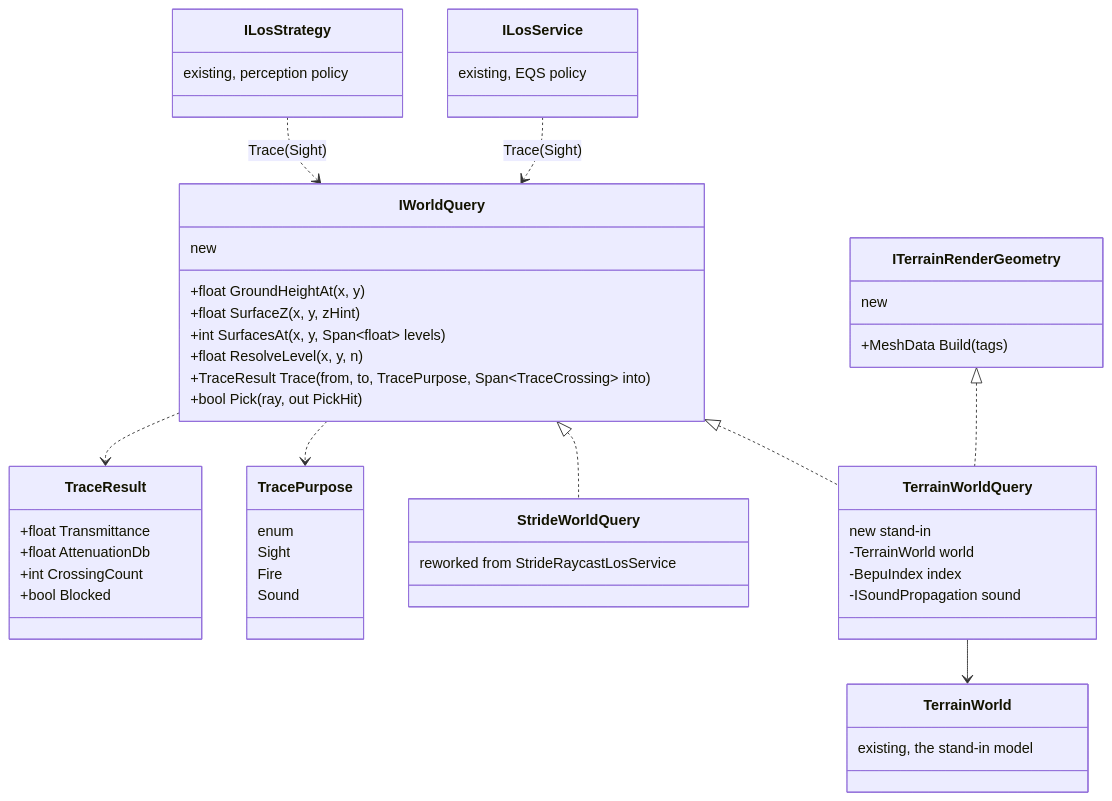
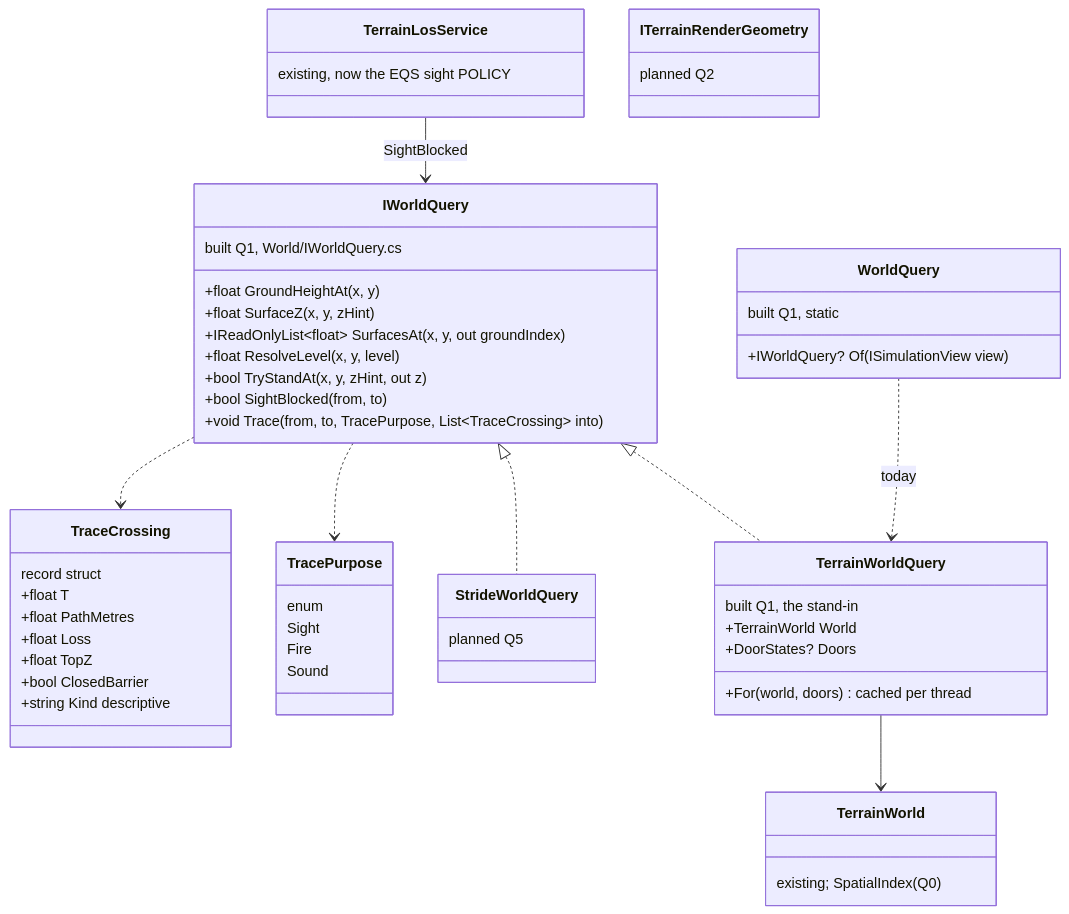
Before and after one commit to pjanec/HROT: the second of 2 diagrams in docs/DESIGN_World_Query_Seam.md, drawn with Mermaid. The commit also changed other lines of this file and 16 other files, not shown here.

First line of the commit message:
feat(CE-1035 Q1): IWorldQuery — combat and EQS ask the world through one interface (tests running)

````diff
--- a/docs/DESIGN_World_Query_Seam.md
+++ b/docs/DESIGN_World_Query_Seam.md
@@ -115,54 +115,57 @@
 ```mermaid
 classDiagram
   class IWorldQuery {
-    new
+    built Q1, World/IWorldQuery.cs
     +float GroundHeightAt(x, y)
     +float SurfaceZ(x, y, zHint)
-    +int SurfacesAt(x, y, Span~float~ levels)
-    +float ResolveLevel(x, y, n)
-    +TraceResult Trace(from, to, TracePurpose, Span~TraceCrossing~ into)
-    +bool Pick(ray, out PickHit)
+    +IReadOnlyList~float~ SurfacesAt(x, y, out groundIndex)
+    +float ResolveLevel(x, y, level)
+    +bool TryStandAt(x, y, zHint, out z)
+    +bool SightBlocked(from, to)
+    +void Trace(from, to, TracePurpose, List~TraceCrossing~ into)
+  }
+  class WorldQuery {
+    built Q1, static
+    +IWorldQuery? Of(ISimulationView view)
   }
   class TracePurpose {
     enum
     Sight
     Fire
     Sound
   }
-  class TraceResult {
-    +float Transmittance
-    +float AttenuationDb
-    +int CrossingCount
-    +bool Blocked
+  class TraceCrossing {
+    record struct
+    +float T
+    +float PathMetres
+    +float Loss
+    +float TopZ
+    +bool ClosedBarrier
+    +string Kind  descriptive
+  }
+  class TerrainWorldQuery {
+    built Q1, the stand-in
+    +TerrainWorld World
+    +DoorStates? Doors
+    +For(world, doors) cached per thread
+  }
+  class TerrainWorld {
+    existing; SpatialIndex (Q0)
+  }
+  class TerrainLosService {
+    existing, now the EQS sight POLICY
   }
   class ITerrainRenderGeometry {
-    new
-    +MeshData Build(tags)
-  }
-  class TerrainWorldQuery {
-    new stand-in
-    -TerrainWorld world
-    -BepuIndex index
-    -ISoundPropagation sound
-  }
-  class TerrainWorld {
-    existing, the stand-in model
-  }
-  class ILosService {
-    existing, EQS policy
-  }
-  class ILosStrategy {
-    existing, perception policy
+    planned Q2
   }
   class StrideWorldQuery {
-    reworked from StrideRaycastLosService
+    planned Q5
   }
   IWorldQuery <|.. TerrainWorldQuery
   IWorldQuery <|.. StrideWorldQuery
-  ITerrainRenderGeometry <|.. TerrainWorldQuery
+  WorldQuery ..> TerrainWorldQuery : today
   TerrainWorldQuery --> TerrainWorld
-  ILosService ..> IWorldQuery : Trace(Sight)
-  ILosStrategy ..> IWorldQuery : Trace(Sight)
+  TerrainLosService --> IWorldQuery : SightBlocked
   IWorldQuery ..> TracePurpose
-  IWorldQuery ..> TraceResult
+  IWorldQuery ..> TraceCrossing
 ```
````
